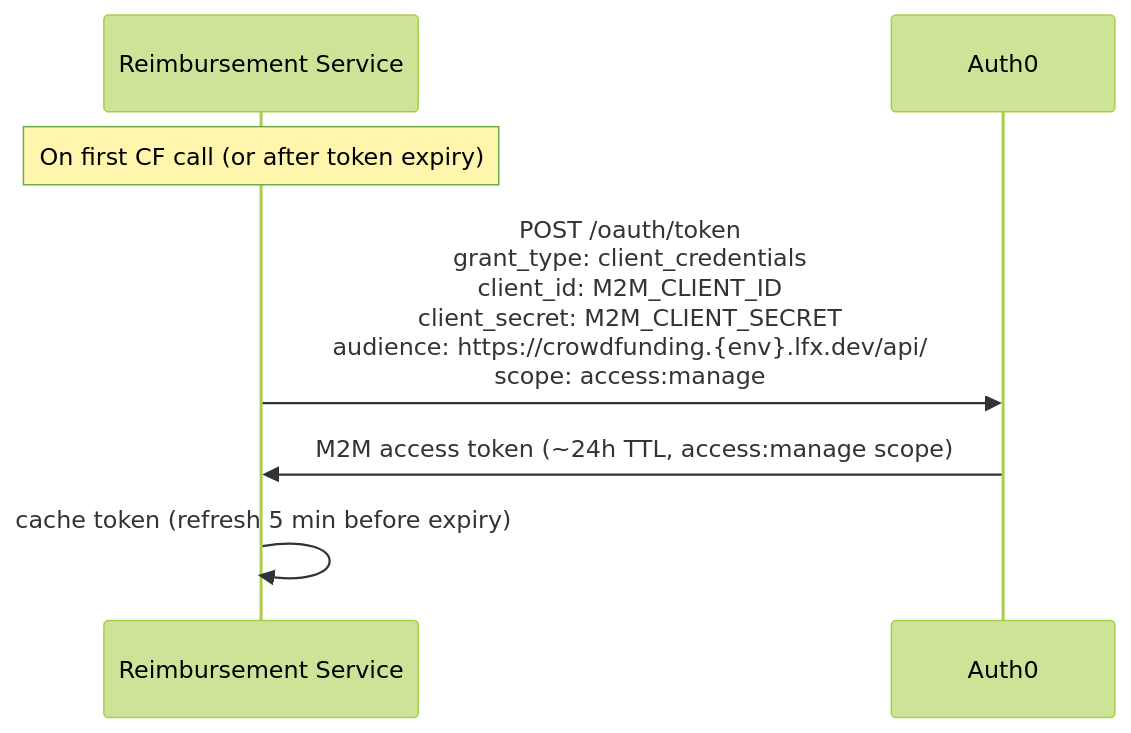
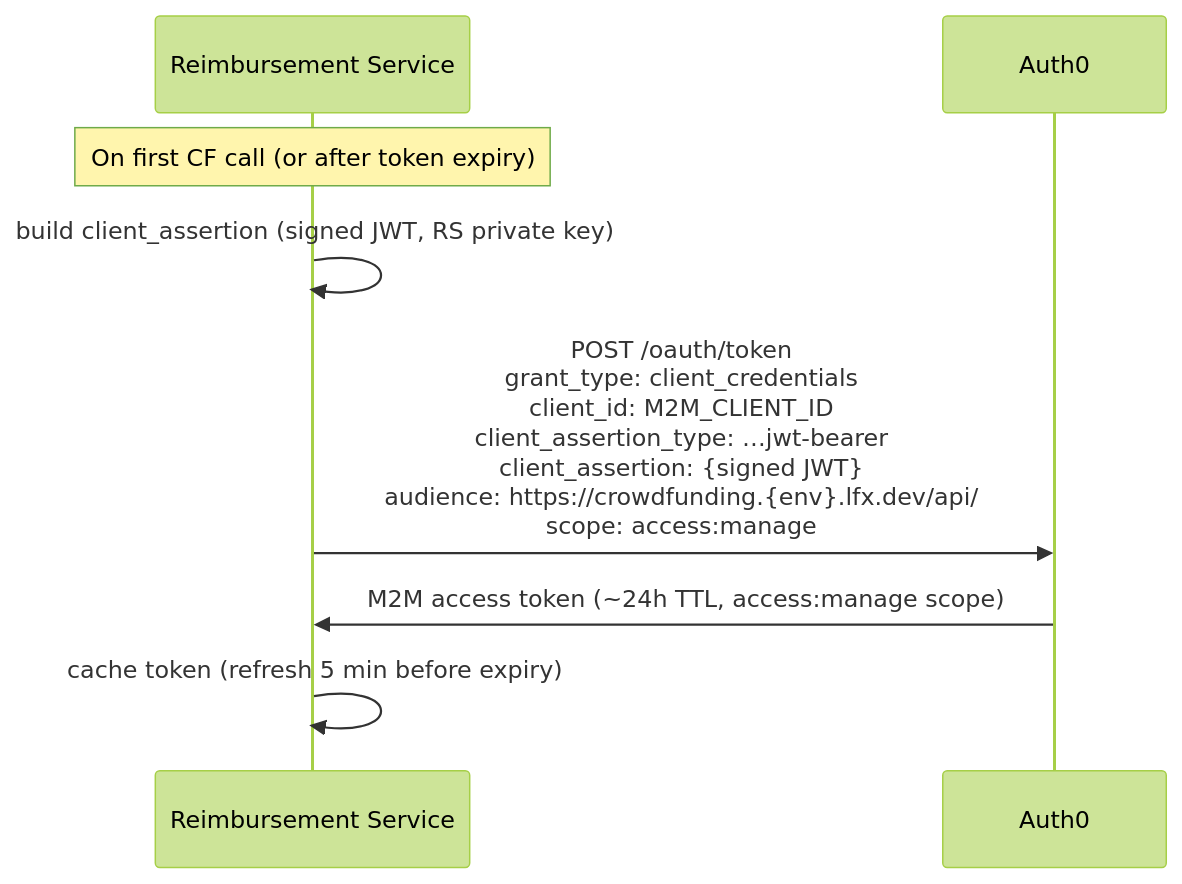
Before and after one commit to linuxfoundation/lfx-crowdfunding: the sixth of 8 diagrams in backend/docs/rewrite/09-authentication-architecture.md, drawn with Mermaid (forest theme). The commit also changed other lines of this file, not shown here.

First line of the commit message:
docs(auth): apply architecture-review decisions (PR #86)

````diff
--- a/backend/docs/rewrite/09-authentication-architecture.md
+++ b/backend/docs/rewrite/09-authentication-architecture.md
@@ -255,10 +256,11 @@
 ```mermaid
 sequenceDiagram
     participant RS as Reimbursement Service
     participant Auth0
 
     Note over RS: On first CF call (or after token expiry)
-    RS->>Auth0: POST /oauth/token<br/>grant_type: client_credentials<br/>client_id: M2M_CLIENT_ID<br/>client_secret: M2M_CLIENT_SECRET<br/>audience: https://crowdfunding.{env}.lfx.dev/api/<br/>scope: access:manage
+    RS->>RS: build client_assertion (signed JWT, RS private key)
+    RS->>Auth0: POST /oauth/token<br/>grant_type: client_credentials<br/>client_id: M2M_CLIENT_ID<br/>client_assertion_type: …jwt-bearer<br/>client_assertion: {signed JWT}<br/>audience: https://crowdfunding.{env}.lfx.dev/api/<br/>scope: access:manage
     Auth0->>RS: M2M access token (~24h TTL, access:manage scope)
     RS->>RS: cache token (refresh 5 min before expiry)
 ```
````
